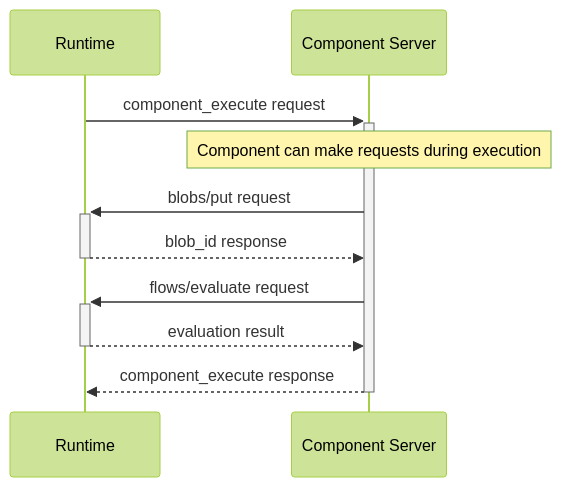
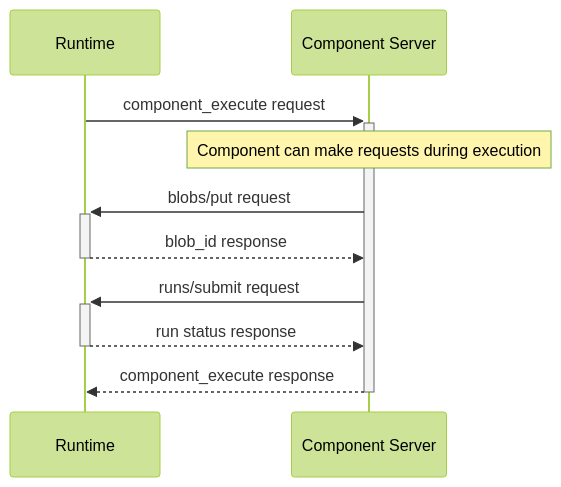
One commit to stepflow-ai/stepflow changed the second of 2 diagrams in docs/docs/protocol/bidirectional.md. Above: the diagram before and after it, drawn with Mermaid (forest theme). The commit also changed other lines of this file and 72 other files, not shown here.

````diff
--- a/docs/docs/protocol/bidirectional.md
+++ b/docs/docs/protocol/bidirectional.md
@@ -34,16 +33,16 @@
 ```mermaid
 sequenceDiagram
     participant R as Runtime
     participant S as Component Server
 
     R->>+S: component_execute request
 
     Note over S: Component can make requests during execution
     S->>+R: blobs/put request
     R-->>-S: blob_id response
 
-    S->>+R: flows/evaluate request
-    R-->>-S: evaluation result
+    S->>+R: runs/submit request
+    R-->>-S: run status response
 
     S-->>-R: component_execute response
 ```
````
